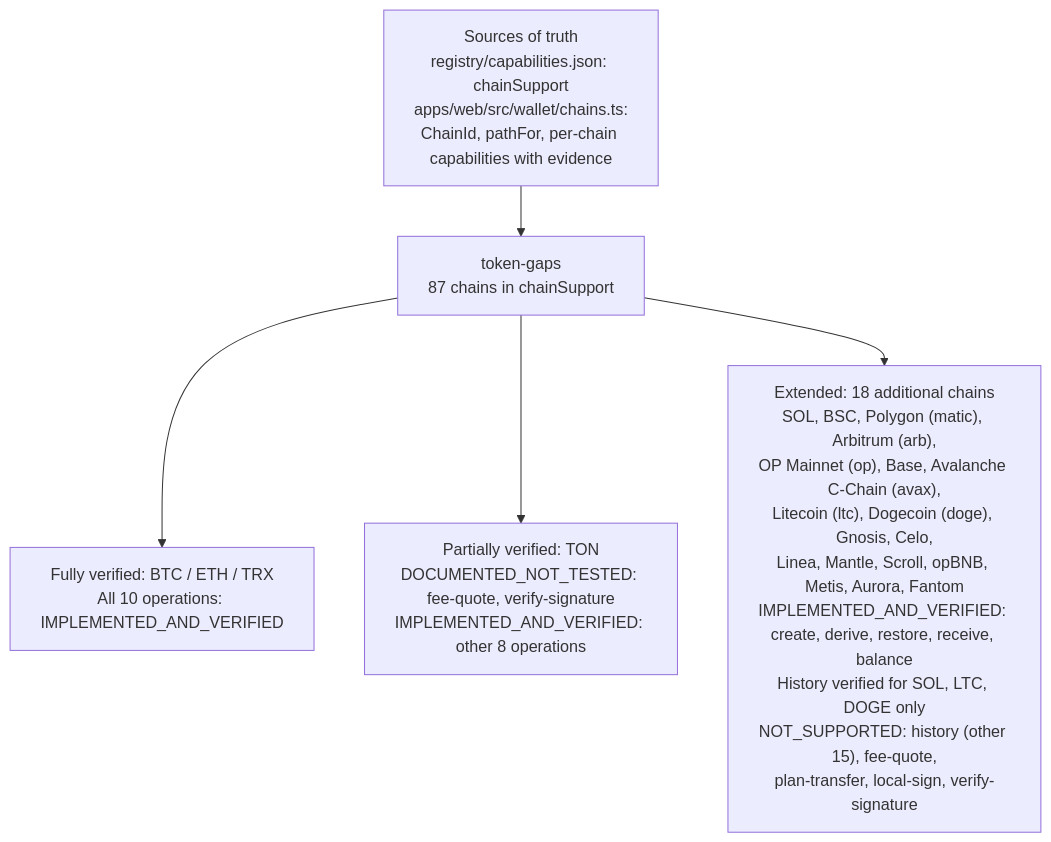
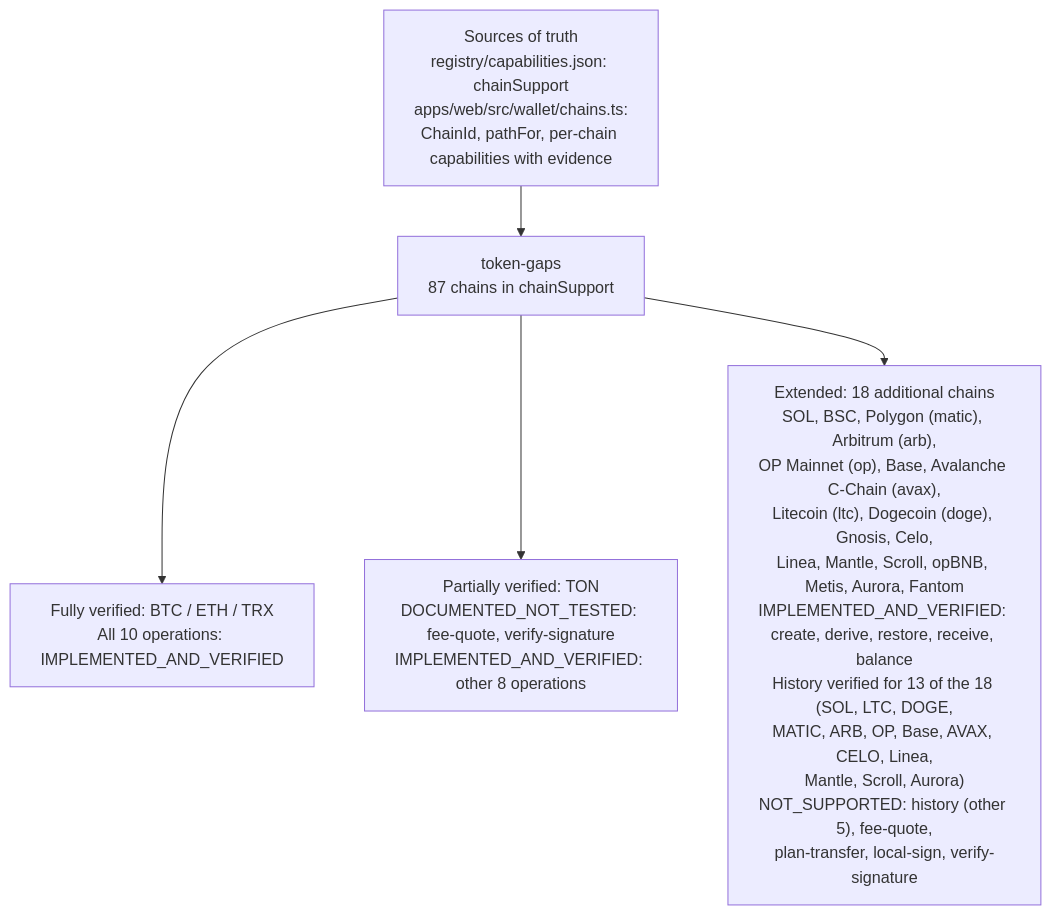
Before and after one commit to Pr3eve6ti2o/bawa: the diagram in docs/12-chain-registry-and-assets/README.md, drawn with Mermaid. The commit also changed other lines of this file and 11 other files, not shown here.

First line of the commit message:
Guide: Lane A per-file fixes — AGENTS, ARCHITECTURE, docs/02/06/08/10/12/13/14, SECURITY

````diff
--- a/docs/12-chain-registry-and-assets/README.md
+++ b/docs/12-chain-registry-and-assets/README.md
@@ -201,20 +201,20 @@
 ```mermaid
 flowchart TB
     accTitle: Bawa chain support overview
-    accDescr: token-gaps supports BTC, ETH and TRX with all ten operations verified, plus TON with fee-quote and verify-signature documented but untested, plus eighteen additional chains with create, derive, restore, receive and balance verified and the remaining five operations unsupported (history verified for SOL, LTC and DOGE only, per chains.ts). The 13-chain registry was merged into adopt-proper from panel-rebuild/multichain-create; the 9 newer EVM chains were added afterwards on panel-rebuild/token-gaps. It is not a separate branch.
+    accDescr: token-gaps supports BTC, ETH and TRX with all ten operations verified, plus TON with fee-quote and verify-signature documented but untested, plus eighteen additional chains with create, derive, restore, receive and balance verified and the remaining five operations unsupported (history verified for 13 of the 18 — SOL, LTC, DOGE, MATIC, ARB, OP, Base, AVAX, CELO, Linea, Mantle, Scroll, Aurora — per chains.ts and docs/06). The registry grew from 13 chains (multichain-create) to 87 on token-gaps: 22 curated + 65 expansion.
 
     S["Sources of truth<br/>registry/capabilities.json: chainSupport<br/>apps/web/src/wallet/chains.ts:<br/>ChainId, pathFor, per-chain capabilities with evidence"]
 
     A["token-gaps<br/>87 chains in chainSupport"]
 
     F["Fully verified: BTC / ETH / TRX<br/>All 10 operations: IMPLEMENTED_AND_VERIFIED"]
 
     T["Partially verified: TON<br/>DOCUMENTED_NOT_TESTED: fee-quote, verify-signature<br/>IMPLEMENTED_AND_VERIFIED: other 8 operations"]
 
-    D["Extended: 18 additional chains<br/>SOL, BSC, Polygon (matic), Arbitrum (arb),<br/>OP Mainnet (op), Base, Avalanche C-Chain (avax),<br/>Litecoin (ltc), Dogecoin (doge), Gnosis, Celo,<br/>Linea, Mantle, Scroll, opBNB, Metis, Aurora, Fantom<br/>IMPLEMENTED_AND_VERIFIED: create, derive, restore, receive, balance<br/>History verified for SOL, LTC, DOGE only<br/>NOT_SUPPORTED: history (other 15), fee-quote,<br/>plan-transfer, local-sign, verify-signature"]
+    D["Extended: 18 additional chains<br/>SOL, BSC, Polygon (matic), Arbitrum (arb),<br/>OP Mainnet (op), Base, Avalanche C-Chain (avax),<br/>Litecoin (ltc), Dogecoin (doge), Gnosis, Celo,<br/>Linea, Mantle, Scroll, opBNB, Metis, Aurora, Fantom<br/>IMPLEMENTED_AND_VERIFIED: create, derive, restore, receive, balance<br/>History verified for 13 of the 18 (SOL, LTC, DOGE,<br/>MATIC, ARB, OP, Base, AVAX, CELO, Linea,<br/>Mantle, Scroll, Aurora)<br/>NOT_SUPPORTED: history (other 5), fee-quote,<br/>plan-transfer, local-sign, verify-signature"]
 
     S --> A
     A --> F
     A --> T
     A --> D
 ```
````
